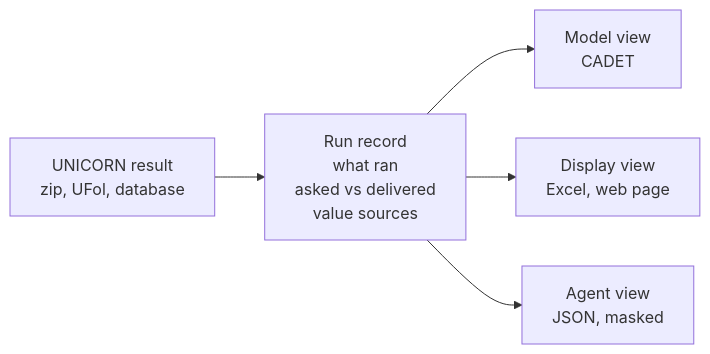
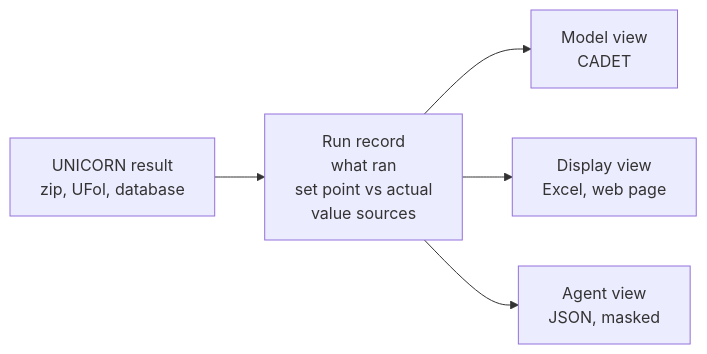
One commit to traylosj/PyCORN changed the first of 8 diagrams in docs/RUN_STRUCTURE_RECORD.md. Above: the diagram before and after it, drawn with Mermaid. The commit also changed other lines of this file and 4 other files, not shown here.

First line of the commit message:
Run record proposal: checked against ISA-88 Part 1, sections below the phase

````diff
--- a/docs/RUN_STRUCTURE_RECORD.md
+++ b/docs/RUN_STRUCTURE_RECORD.md
@@ -42,7 +55,7 @@
 ```mermaid
 flowchart LR
-    files["UNICORN result<br/>zip, UFol, database"] --> record["Run record<br/>what ran<br/>asked vs delivered<br/>value sources"]
+    files["UNICORN result<br/>zip, UFol, database"] --> record["Run record<br/>what ran<br/>set point vs actual<br/>value sources"]
     record --> model["Model view<br/>CADET"]
     record --> display["Display view<br/>Excel, web page"]
     record --> json["Agent view<br/>JSON, masked"]
 ```
````
